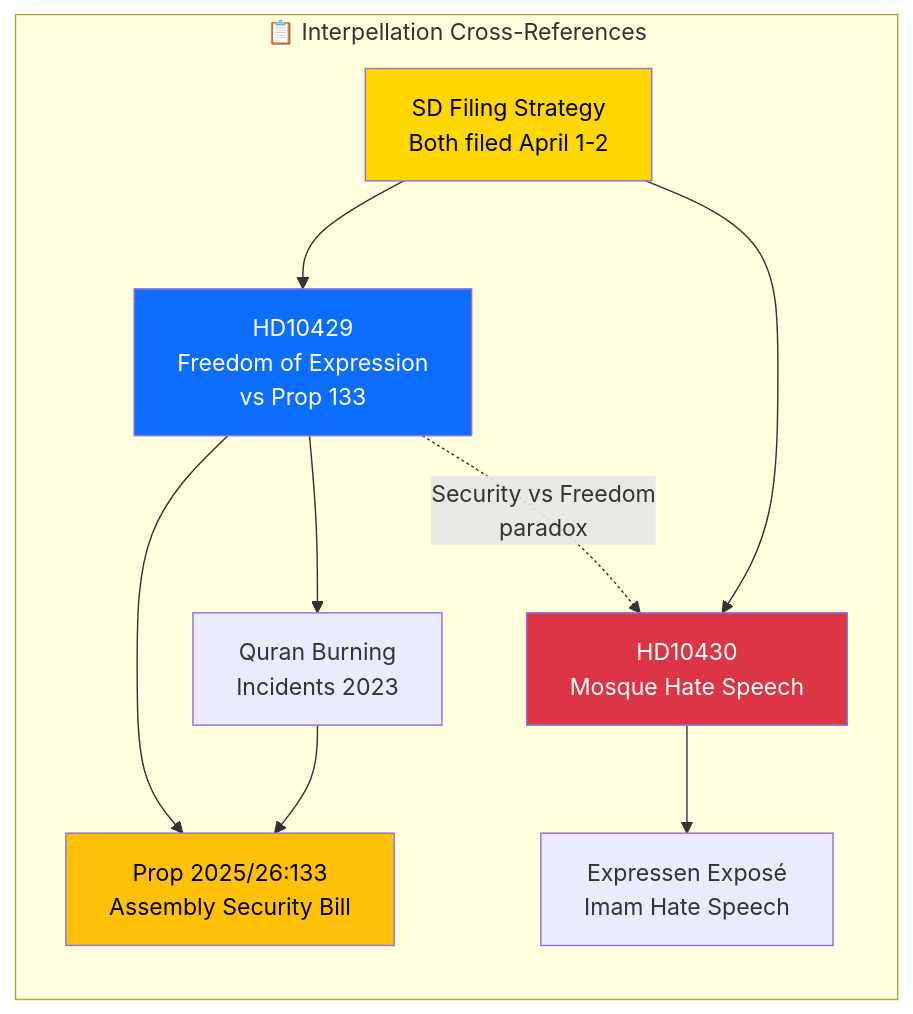
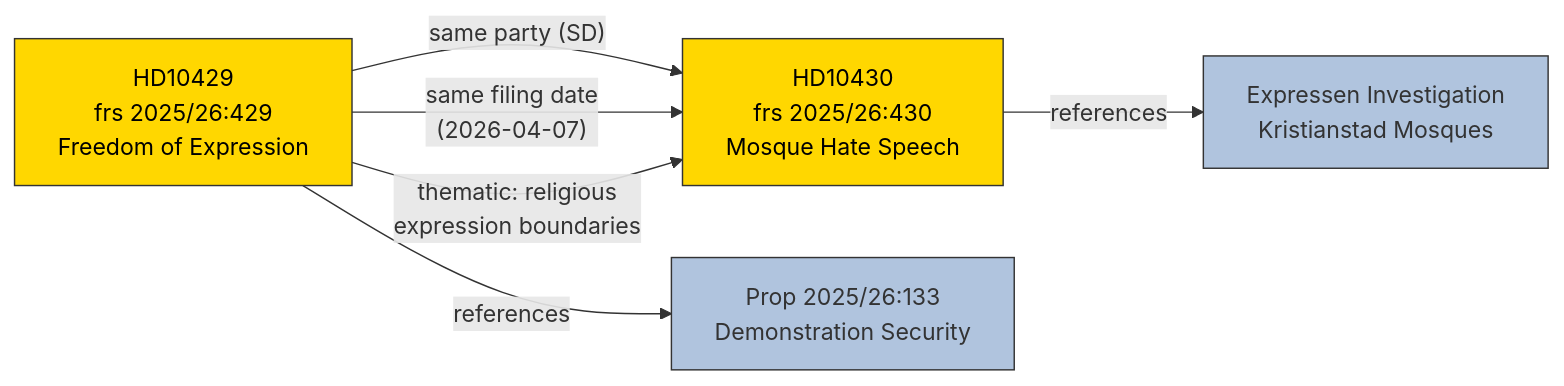
The diagram in analysis/daily/2026-04-13/interpellations/cross-reference-map.md (Hack23/riksdagsmonitor), drawn with Mermaid before and after one commit. The commit also changed other lines of this file and 17 other files, not shown here.

````diff
--- a/analysis/daily/2026-04-13/interpellations/cross-reference-map.md
+++ b/analysis/daily/2026-04-13/interpellations/cross-reference-map.md
@@ -13,24 +17,14 @@
 ```mermaid
 graph LR
-    subgraph "📋 Interpellation Cross-References"
-        HD10429["HD10429<br/>Freedom of Expression<br/>vs Prop 133"]
-        HD10430["HD10430<br/>Mosque Hate Speech"]
-        PROP133["Prop 2025/26:133<br/>Assembly Security Bill"]
-        QBURN["Quran Burning<br/>Incidents 2023"]
-        EXPRESSEN["Expressen Exposé<br/>Imam Hate Speech"]
-        SD["SD Filing Strategy<br/>Both filed April 1-2"]
-    end
-
-    HD10429 --> PROP133
-    HD10429 --> QBURN
-    HD10430 --> EXPRESSEN
-    HD10429 -.->|"Security vs Freedom<br/>paradox"| HD10430
-    QBURN --> PROP133
-    SD --> HD10429
-    SD --> HD10430
-
-    style HD10429 fill:#0d6efd,color:#fff
-    style HD10430 fill:#dc3545,color:#fff
-    style PROP133 fill:#ffc107,color:#000
-    style SD fill:#ffd700,color:#000
+    HD10429["HD10429<br/>frs 2025/26:429<br/>Freedom of Expression"] -->|"same party (SD)"| HD10430["HD10430<br/>frs 2025/26:430<br/>Mosque Hate Speech"]
+    HD10429 -->|"same filing date<br/>(2026-04-07)"| HD10430
+    HD10429 -->|"thematic: religious<br/>expression boundaries"| HD10430
+    
+    HD10429 -->|"references"| PROP["Prop 2025/26:133<br/>Demonstration Security"]
+    HD10430 -->|"references"| EXP["Expressen Investigation<br/>Kristianstad Mosques"]
+    
+    style HD10429 fill:#FFD700,stroke:#333,color:#000
+    style HD10430 fill:#FFD700,stroke:#333,color:#000
+    style PROP fill:#B0C4DE,stroke:#333
+    style EXP fill:#B0C4DE,stroke:#333
 ```
````
